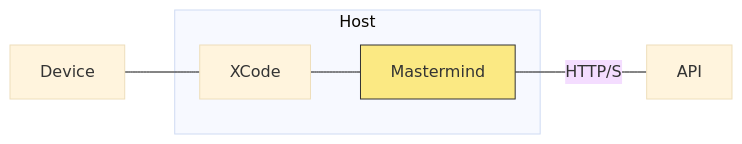
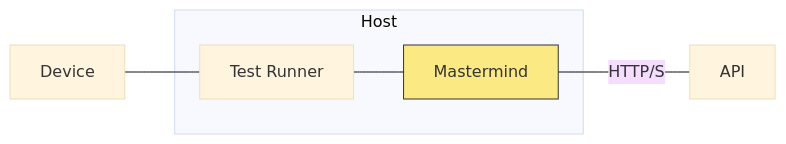
Before and after one commit to ustwo/mastermind: the diagram in docs/schematics/architecture.mmd, drawn with Mermaid (base theme). The commit also changed 3 other files, not shown here.

Commit message:
Change wording in the schematics architecture

```diff
--- a/docs/schematics/architecture.mmd
+++ b/docs/schematics/architecture.mmd
@@ -1,9 +1,10 @@
 %% Mastermind architecture
 graph LR
+  testrunner[Test Runner]
   subgraph Host
-    XCode --- Mastermind
+    testrunner --- Mastermind
   end
   %%style API fill:#f9f,stroke:#333,stroke-width:4px;
   style Mastermind fill:#fbe983,stroke:#333;
   Mastermind -- HTTP/S --- API
-  Device --- XCode
+  Device --- testrunner
```
